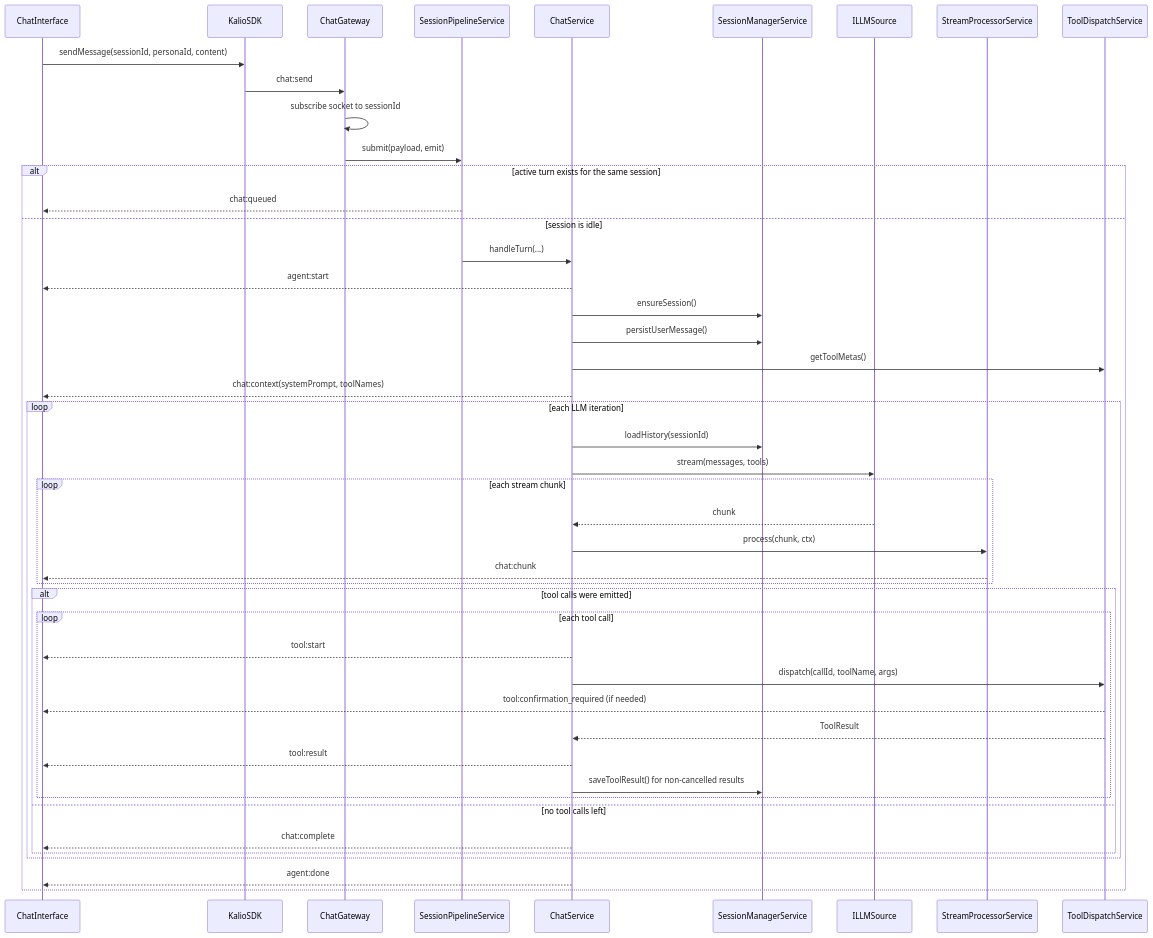
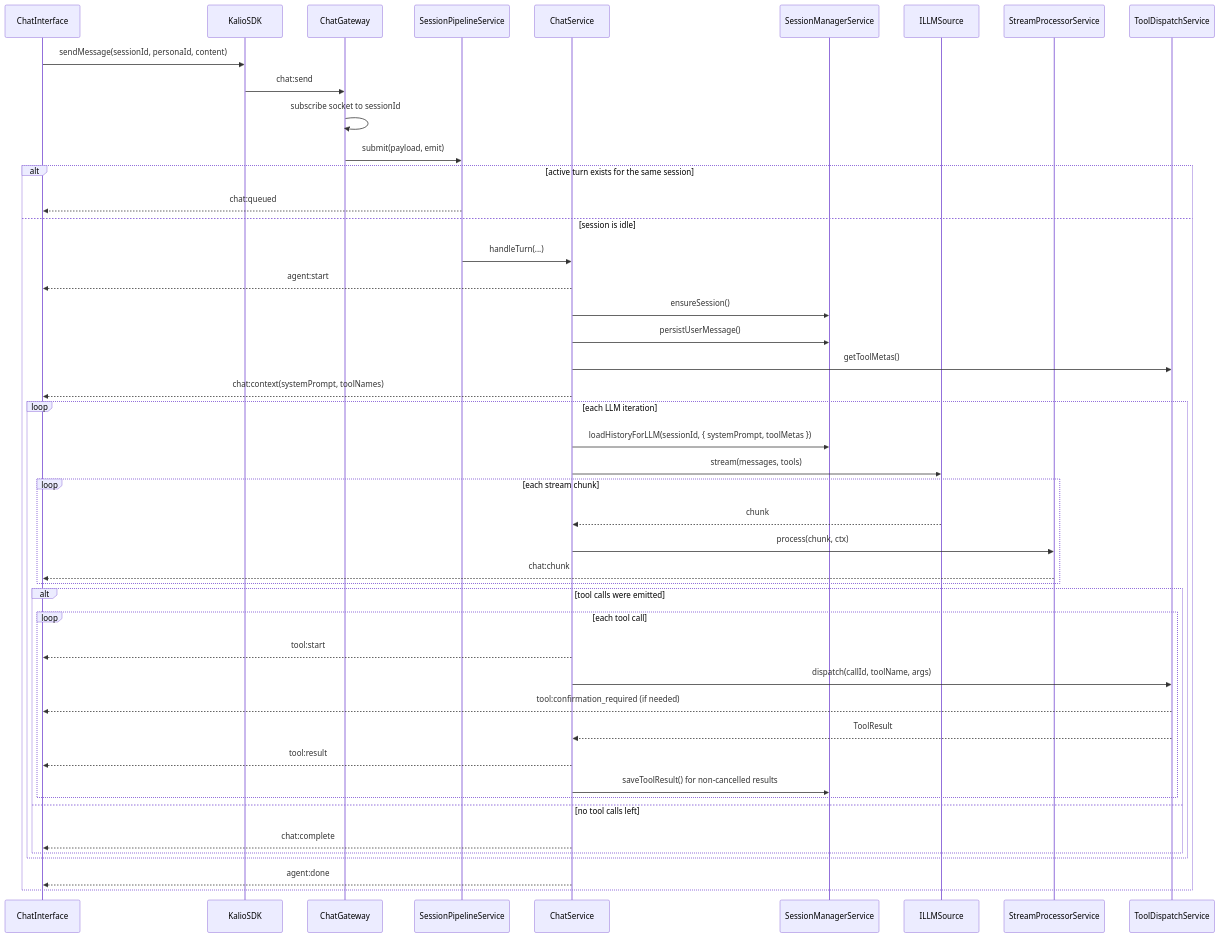
Before and after one commit to Radomiej/kalio-forever: the second of 4 diagrams in docs/application-architecture-current.md, drawn with Mermaid. The commit also changed other lines of this file and 264 other files, not shown here.

````diff
--- a/docs/application-architecture-current.md
+++ b/docs/application-architecture-current.md
@@ -126,53 +127,53 @@
 ```mermaid
 sequenceDiagram
     participant FE as ChatInterface
     participant SDK as KalioSDK
     participant GW as ChatGateway
     participant Pipe as SessionPipelineService
     participant Chat as ChatService
     participant DB as SessionManagerService
     participant LLM as ILLMSource
     participant Stream as StreamProcessorService
     participant Tools as ToolDispatchService
 
     FE->>SDK: sendMessage(sessionId, personaId, content)
     SDK->>GW: chat:send
     GW->>GW: subscribe socket to sessionId
     GW->>Pipe: submit(payload, emit)
 
     alt active turn exists for the same session
         Pipe-->>FE: chat:queued
     else session is idle
         Pipe->>Chat: handleTurn(...)
         Chat-->>FE: agent:start
         Chat->>DB: ensureSession()
         Chat->>DB: persistUserMessage()
         Chat->>Tools: getToolMetas()
         Chat-->>FE: chat:context(systemPrompt, toolNames)
 
         loop each LLM iteration
-            Chat->>DB: loadHistory(sessionId)
+            Chat->>DB: loadHistoryForLLM(sessionId, { systemPrompt, toolMetas })
             Chat->>LLM: stream(messages, tools)
             loop each stream chunk
                 LLM-->>Chat: chunk
                 Chat->>Stream: process(chunk, ctx)
                 Stream-->>FE: chat:chunk
             end
 
             alt tool calls were emitted
                 loop each tool call
                     Chat-->>FE: tool:start
                     Chat->>Tools: dispatch(callId, toolName, args)
                     Tools-->>FE: tool:confirmation_required (if needed)
                     Tools-->>Chat: ToolResult
                     Chat-->>FE: tool:result
                     Chat->>DB: saveToolResult() for non-cancelled results
                 end
             else no tool calls left
                 Chat-->>FE: chat:complete
             end
         end
 
         Chat-->>FE: agent:done
     end
 ```
````
